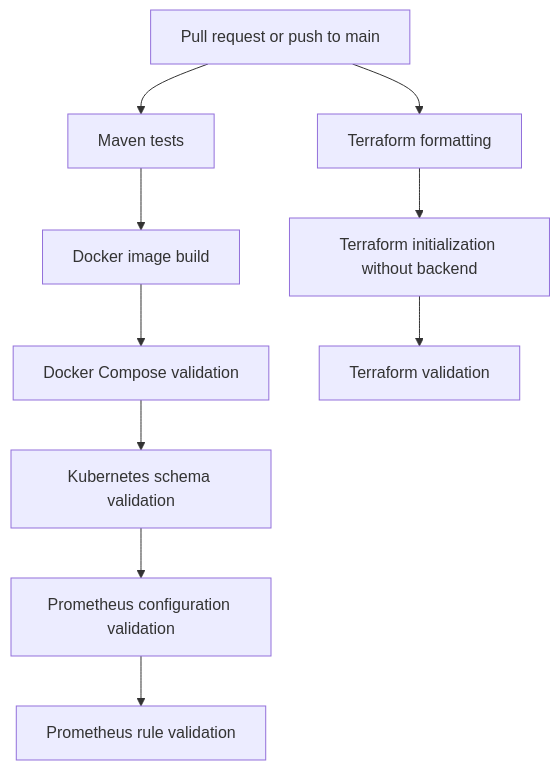
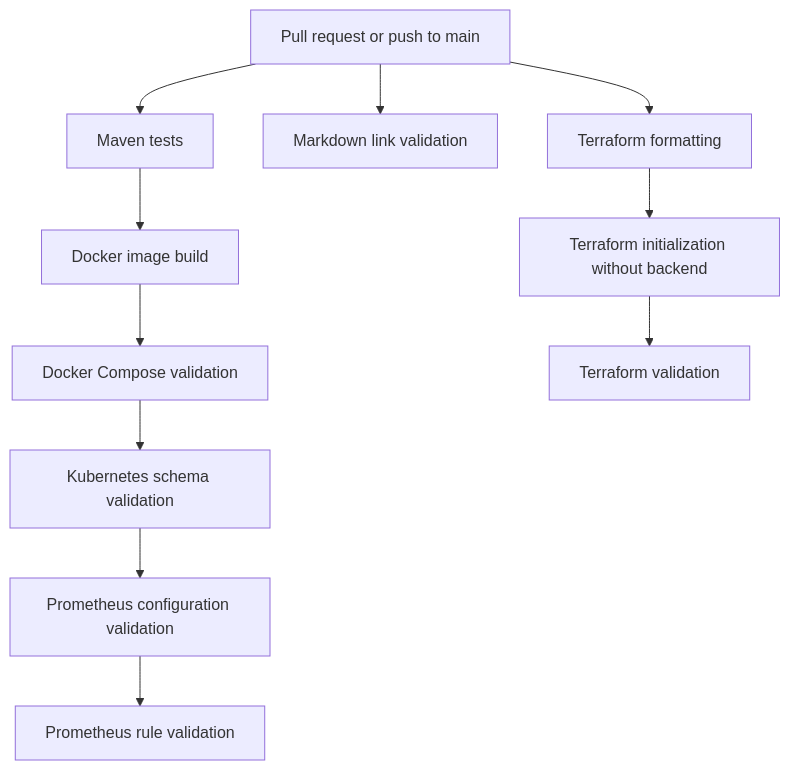
Before and after one commit to istvandezsi/java-cloud-platform-lab: the ninth of 9 diagrams in docs/architecture.md, drawn with Mermaid. The commit also changed other lines of this file and 2 other files, not shown here.

Commit message:
Validate Markdown links in CI

````diff
--- a/docs/architecture.md
+++ b/docs/architecture.md
@@ -384,15 +384,17 @@
 ```mermaid
 flowchart TD
     Change[Pull request or push to main]
 
     Change --> Maven[Maven tests]
     Maven --> Docker[Docker image build]
     Docker --> Compose[Docker Compose validation]
     Compose --> Kubernetes[Kubernetes schema validation]
     Kubernetes --> Prometheus[Prometheus configuration validation]
     Prometheus --> Rules[Prometheus rule validation]
 
+    Change --> Documentation[Markdown link validation]
+
     Change --> TerraformFormat[Terraform formatting]
     TerraformFormat --> TerraformInit[Terraform initialization without backend]
     TerraformInit --> TerraformValidate[Terraform validation]
 ```
````
